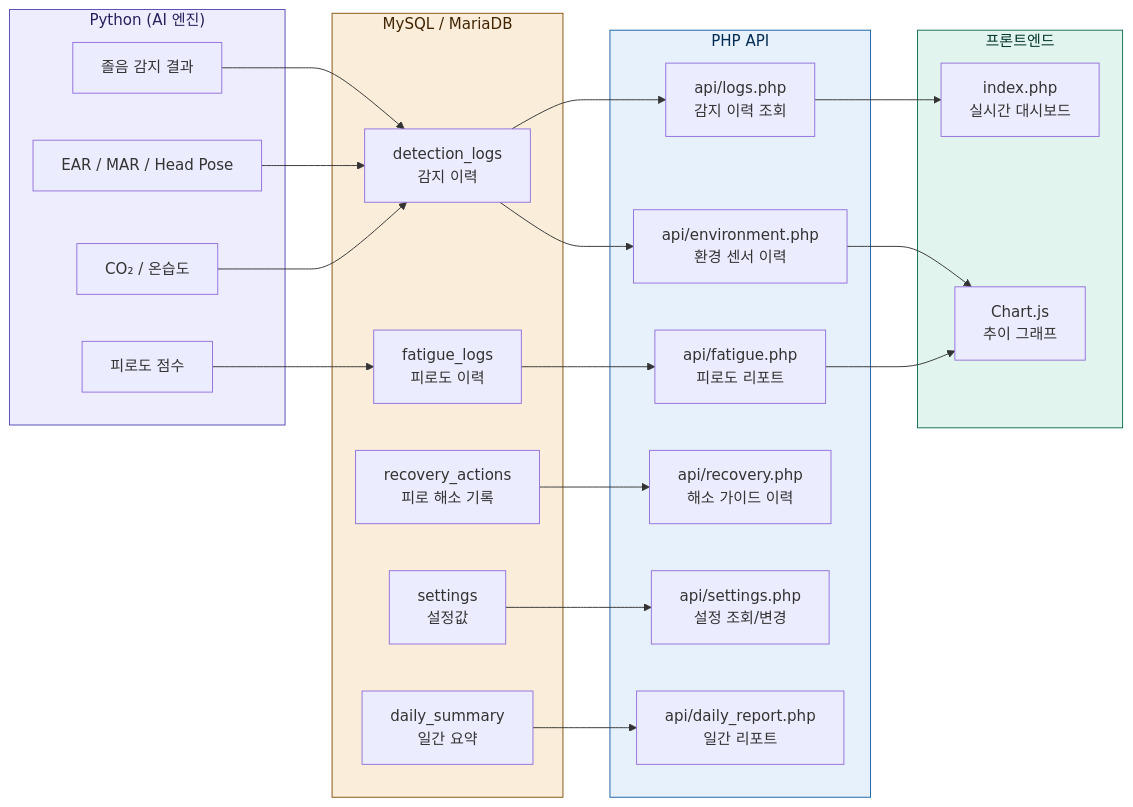
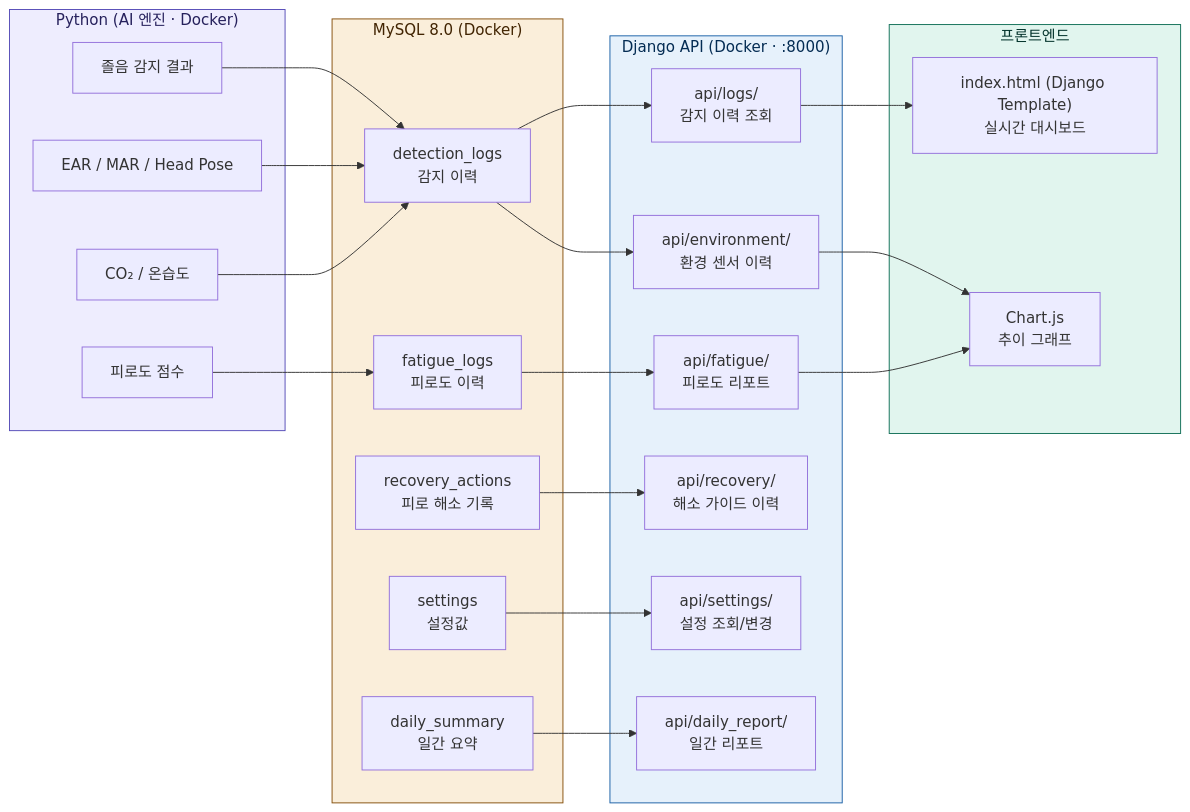
One commit to pgh165/capstone changed the second of 13 diagrams in project.md. Above: the diagram before and after it, drawn with Mermaid. The commit also changed other lines of this file and 20 other files, not shown here.

First line of the commit message:
LAMP 스택을 Django + Docker Compose로 전환

````diff
--- a/project.md
+++ b/project.md
@@ -83,50 +82,50 @@
 ```mermaid
 flowchart LR
-    subgraph PYTHON["Python (AI 엔진)"]
+    subgraph PYTHON["Python (AI 엔진 · Docker)"]
         P1["졸음 감지 결과"]
         P2["EAR / MAR / Head Pose"]
         P3["CO₂ / 온습도"]
         P4["피로도 점수"]
     end
 
-    subgraph MYSQL["MySQL / MariaDB"]
+    subgraph MYSQL["MySQL 8.0 (Docker)"]
         DB1["detection_logs<br/>감지 이력"]
         DB3["fatigue_logs<br/>피로도 이력"]
         DB4["recovery_actions<br/>피로 해소 기록"]
         DB5["settings<br/>설정값"]
         DB6["daily_summary<br/>일간 요약"]
     end
 
-    subgraph PHP["PHP API"]
-        API1["api/logs.php<br/>감지 이력 조회"]
-        API3["api/fatigue.php<br/>피로도 리포트"]
-        API4["api/recovery.php<br/>해소 가이드 이력"]
-        API5["api/environment.php<br/>환경 센서 이력"]
-        API6["api/settings.php<br/>설정 조회/변경"]
-        API7["api/daily_report.php<br/>일간 리포트"]
+    subgraph DJANGO["Django API (Docker · :8000)"]
+        API1["api/logs/<br/>감지 이력 조회"]
+        API3["api/fatigue/<br/>피로도 리포트"]
+        API4["api/recovery/<br/>해소 가이드 이력"]
+        API5["api/environment/<br/>환경 센서 이력"]
+        API6["api/settings/<br/>설정 조회/변경"]
+        API7["api/daily_report/<br/>일간 리포트"]
     end
 
     subgraph FRONT["프론트엔드"]
-        F1["index.php<br/>실시간 대시보드"]
+        F1["index.html (Django Template)<br/>실시간 대시보드"]
         F2["Chart.js<br/>추이 그래프"]
     end
 
     P1 --> DB1
     P2 --> DB1
     P3 --> DB1
     P4 --> DB3
     DB1 --> API1
     DB3 --> API3
     DB4 --> API4
     DB1 --> API5
     DB5 --> API6
     DB6 --> API7
     API1 --> F1
     API3 --> F2
     API5 --> F2
 
     style PYTHON fill:#EEEDFE,stroke:#534AB7,color:#26215C
     style MYSQL fill:#FAEEDA,stroke:#854F0B,color:#412402
-    style PHP fill:#E6F1FB,stroke:#185FA5,color:#042C53
+    style DJANGO fill:#E6F1FB,stroke:#185FA5,color:#042C53
     style FRONT fill:#E1F5EE,stroke:#0F6E56,color:#04342C
 ```
````
